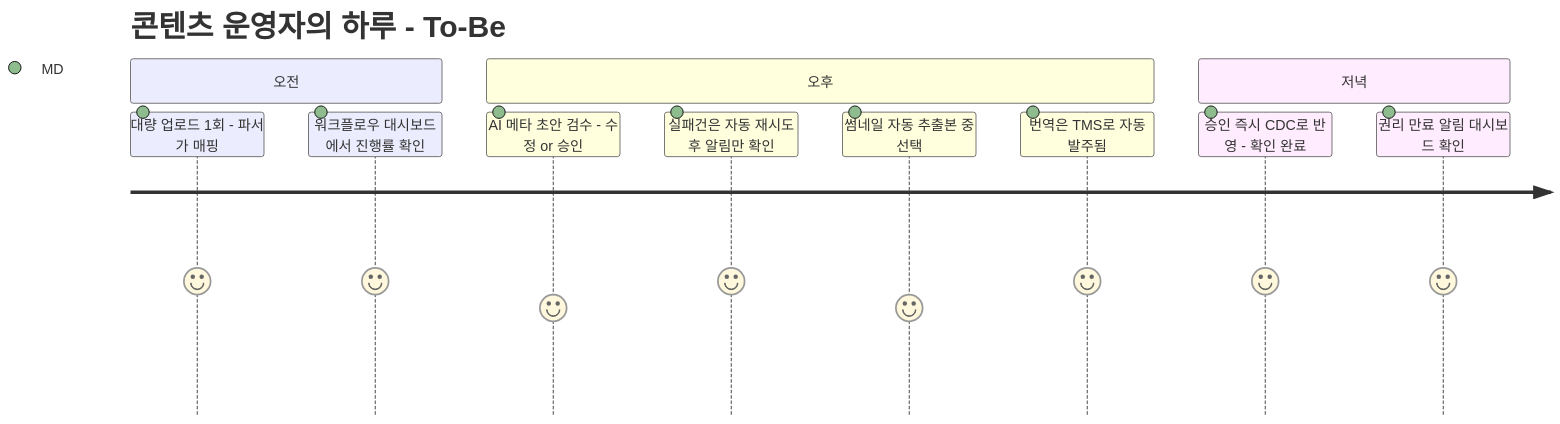
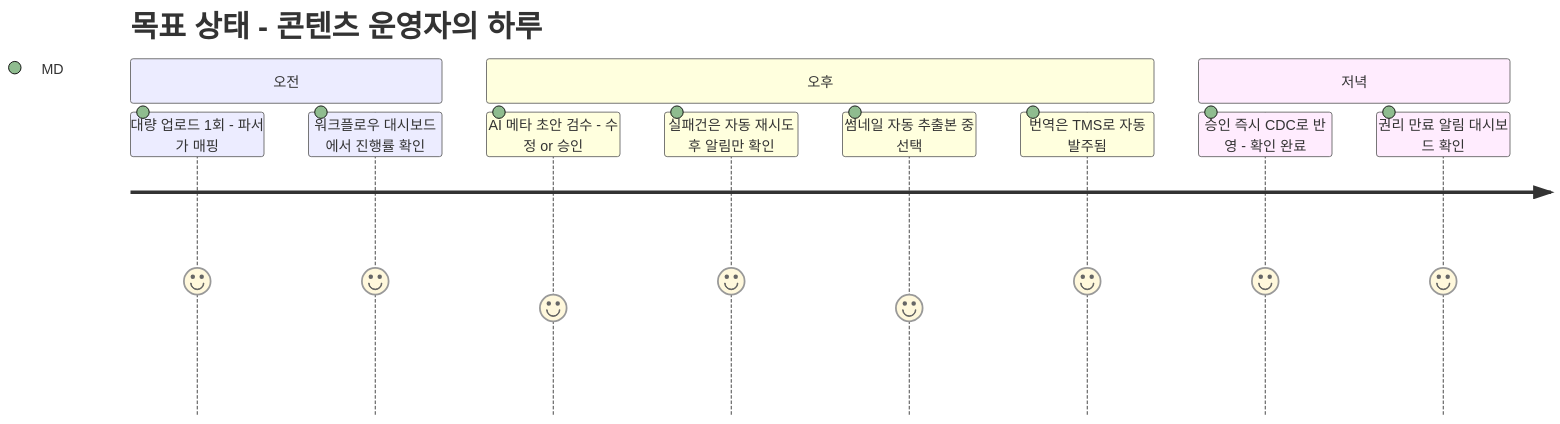
One commit to withwooyong/withwooyong.github.io changed diagram 11 of 20 in pages/product-lead-loadmap/01_CMS.md. Above: the diagram before and after it, drawn with Mermaid. The commit also changed other lines of this file and 16 other files, not shown here.

````diff
--- a/pages/product-lead-loadmap/01_CMS.md
+++ b/pages/product-lead-loadmap/01_CMS.md
@@ -872,15 +820,15 @@
 ```mermaid
 journey
-    title 콘텐츠 운영자의 하루 - To-Be
+    title 목표 상태 - 콘텐츠 운영자의 하루
     section 오전
       대량 업로드 1회 - 파서가 매핑: 5: MD
       워크플로우 대시보드에서 진행률 확인: 5: MD
     section 오후
       AI 메타 초안 검수 - 수정 or 승인: 4: MD
       실패건은 자동 재시도 후 알림만 확인: 5: MD
       썸네일 자동 추출본 중 선택: 4: MD
       번역은 TMS로 자동 발주됨: 5: MD
     section 저녁
       승인 즉시 CDC로 반영 - 확인 완료: 5: MD
       권리 만료 알림 대시보드 확인: 5: MD
 ```
````
